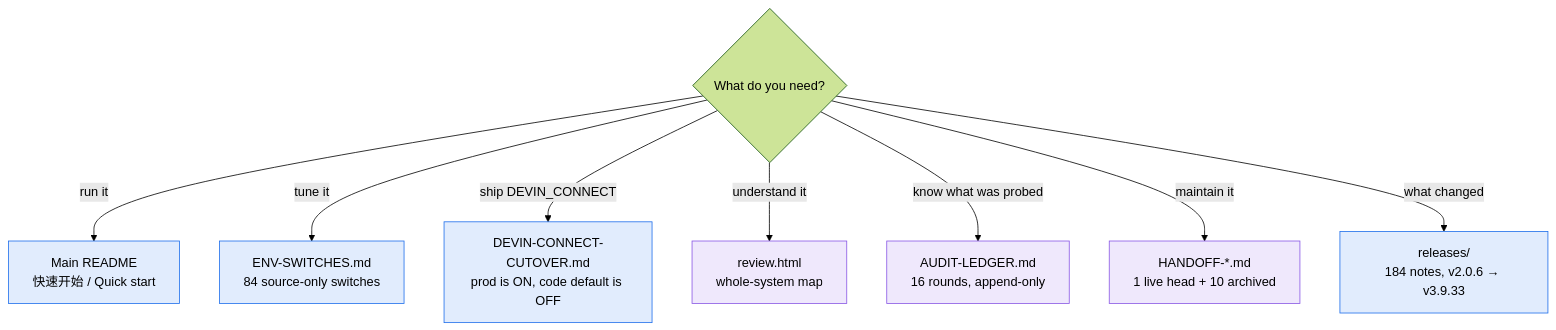
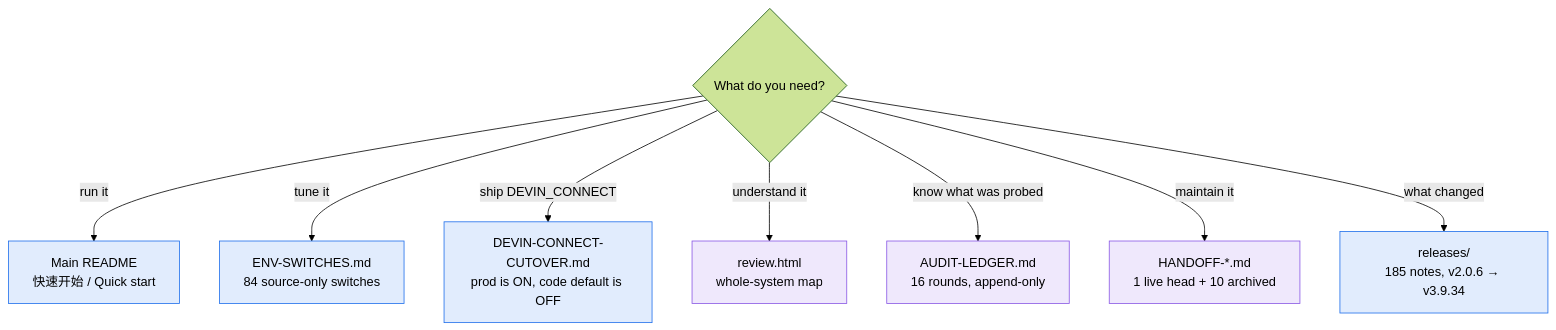
Before and after one commit to CORCTON/WindsurfAPI: the diagram in docs/README.md, drawn with Mermaid (forest theme). The commit also changed other lines of this file and 6 other files, not shown here.

````diff
--- a/docs/README.md
+++ b/docs/README.md
@@ -15,16 +15,16 @@
 ```mermaid
 flowchart TD
     Q{"What do you need?"}
     Q -->|"run it"| RUN["Main README<br/>快速开始 / Quick start"]
     Q -->|"tune it"| OPS["ENV-SWITCHES.md<br/>84 source-only switches"]
     Q -->|"ship DEVIN_CONNECT"| CUT["DEVIN-CONNECT-CUTOVER.md<br/>prod is ON, code default is OFF"]
     Q -->|"understand it"| ARCH["review.html<br/>whole-system map"]
     Q -->|"know what was probed"| LED["AUDIT-LEDGER.md<br/>16 rounds, append-only"]
     Q -->|"maintain it"| HO["HANDOFF-*.md<br/>1 live head + 10 archived"]
-    Q -->|"what changed"| REL["releases/<br/>184 notes, v2.0.6 → v3.9.33"]
+    Q -->|"what changed"| REL["releases/<br/>185 notes, v2.0.6 → v3.9.34"]
 
     classDef user fill:#1f6feb22,stroke:#1f6feb
     classDef maint fill:#8957e522,stroke:#8957e5
     class RUN,OPS,CUT,REL user
     class ARCH,LED,HO maint
 ```
````
